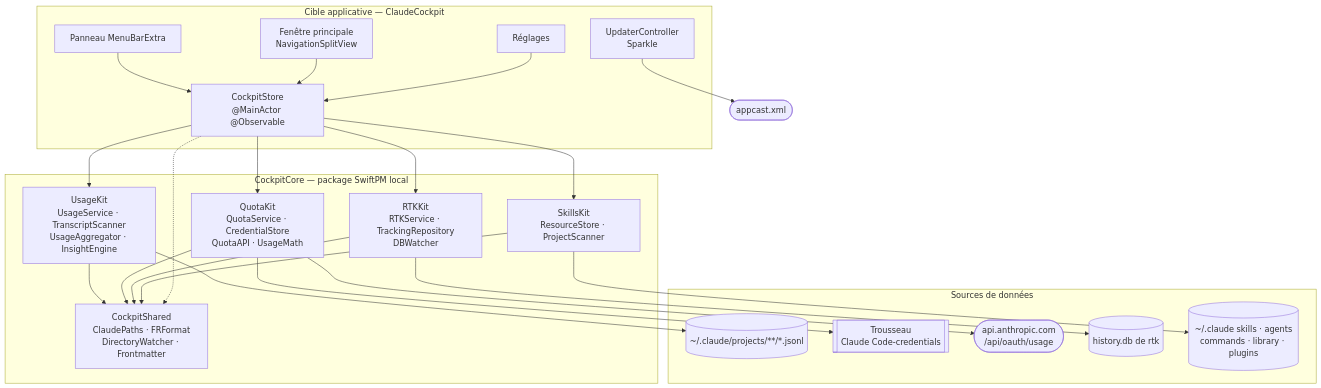
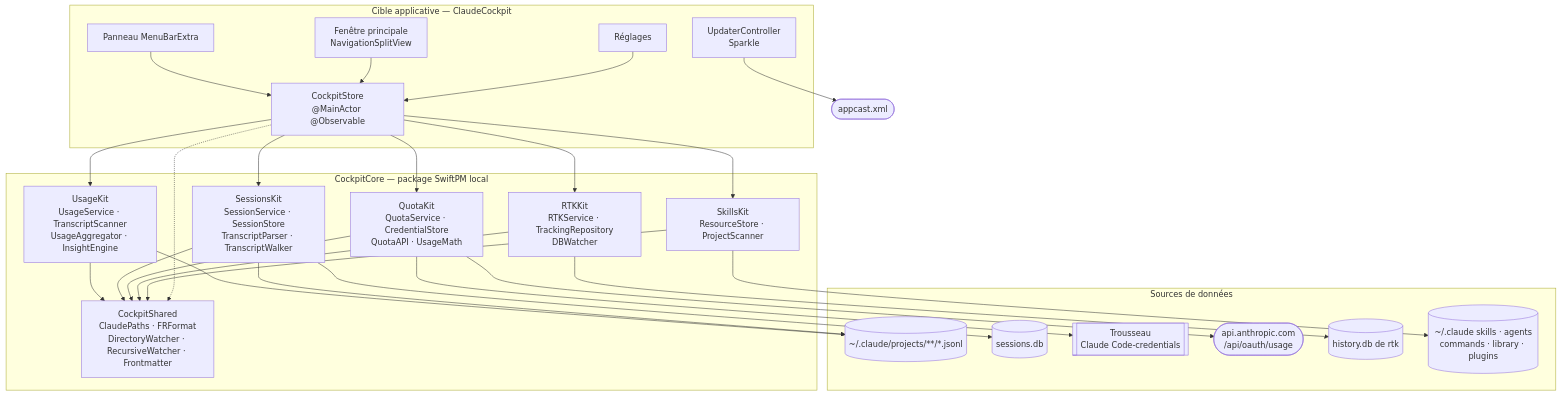
The diagram in ARCHITECTURE.md (vincentlauriat/ClaudeCockpit), drawn with Mermaid before and after one commit. The commit also changed other lines of this file and 62 other files, not shown here.

````diff
--- a/ARCHITECTURE.md
+++ b/ARCHITECTURE.md
@@ -31,46 +32,52 @@
 ```mermaid
 flowchart TD
     subgraph app["Cible applicative — ClaudeCockpit"]
         MB["Panneau MenuBarExtra"]
         WIN["Fenêtre principale<br/>NavigationSplitView"]
         SET["Réglages"]
         UPD["UpdaterController<br/>Sparkle"]
         STORE["CockpitStore<br/>@MainActor @Observable"]
         MB --> STORE
         WIN --> STORE
         SET --> STORE
     end
 
     subgraph core["CockpitCore — package SwiftPM local"]
-        SHARED["CockpitShared<br/>ClaudePaths · FRFormat<br/>DirectoryWatcher · Frontmatter"]
+        SHARED["CockpitShared<br/>ClaudePaths · FRFormat<br/>DirectoryWatcher · RecursiveWatcher · Frontmatter"]
         USAGE["UsageKit<br/>UsageService · TranscriptScanner<br/>UsageAggregator · InsightEngine"]
+        SESSIONS["SessionsKit<br/>SessionService · SessionStore<br/>TranscriptParser · TranscriptWalker"]
         QUOTA["QuotaKit<br/>QuotaService · CredentialStore<br/>QuotaAPI · UsageMath"]
         RTK["RTKKit<br/>RTKService · TrackingRepository<br/>DBWatcher"]
         SKILLS["SkillsKit<br/>ResourceStore · ProjectScanner"]
         USAGE --> SHARED
+        SESSIONS --> SHARED
         QUOTA --> SHARED
         RTK --> SHARED
         SKILLS --> SHARED
     end
 
     subgraph data["Sources de données"]
         JSONL[("~/.claude/projects/**/*.jsonl")]
+        SDB[("sessions.db")]
         KC[["Trousseau<br/>Claude Code-credentials"]]
         API(["api.anthropic.com<br/>/api/oauth/usage"])
         DB[("history.db de rtk")]
         FS[("~/.claude skills · agents<br/>commands · library · plugins")]
     end
 
     STORE --> USAGE
+    STORE --> SESSIONS
     STORE --> QUOTA
     STORE --> RTK
     STORE --> SKILLS
     STORE -.-> SHARED
     UPD --> FEED(["appcast.xml"])
 
     USAGE --> JSONL
+    SESSIONS --> JSONL
+    SESSIONS --> SDB
     QUOTA --> KC
     QUOTA --> API
     RTK --> DB
     SKILLS --> FS
 ```
````
